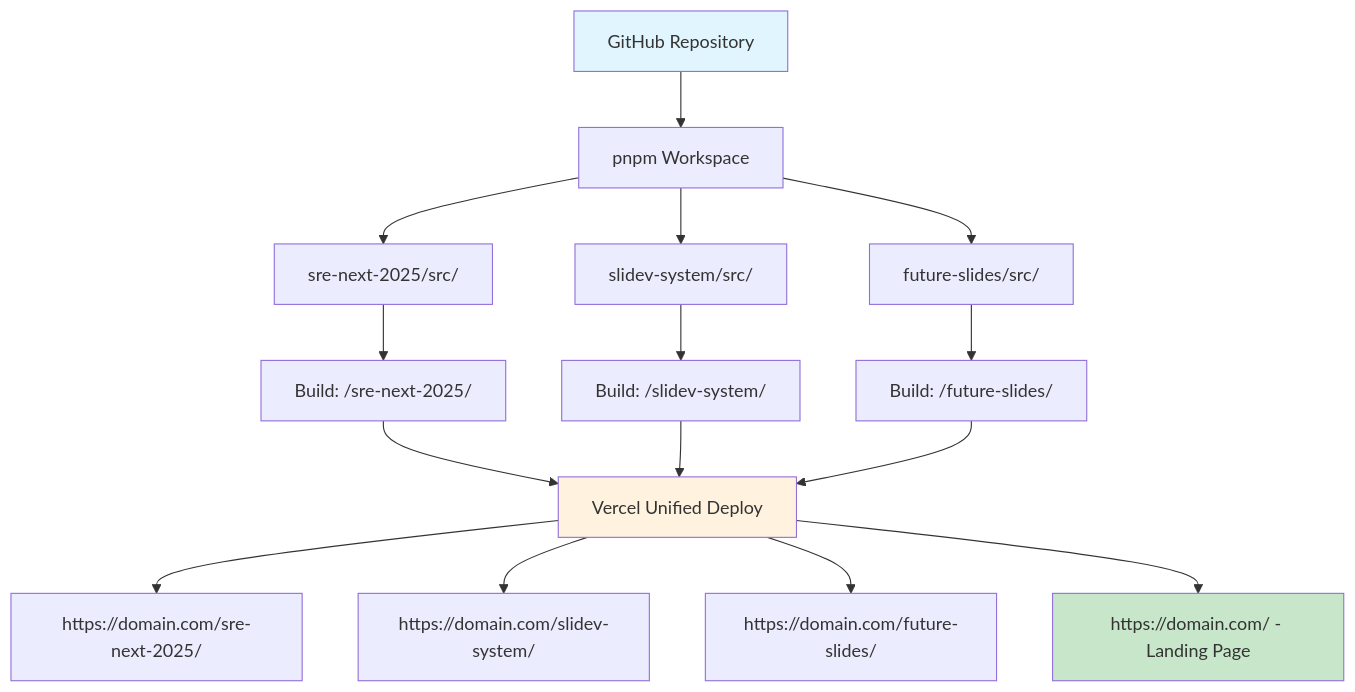
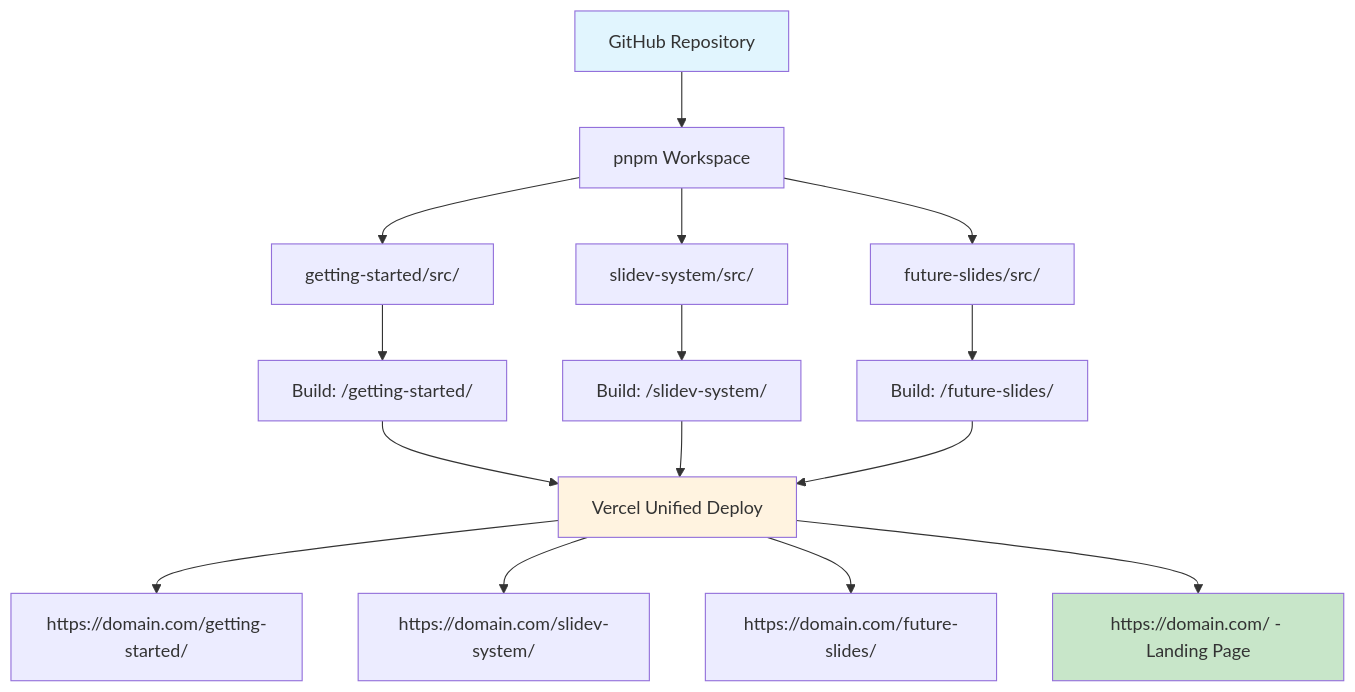
Before and after one commit to wwlapaki310/Slidevs-on-Vercel: the diagram in slides/slidev-system/src/slides.md, drawn with Mermaid. The commit also changed other lines of this file and 1 other file, not shown here.

````diff
--- a/slides/slidev-system/src/slides.md
+++ b/slides/slidev-system/src/slides.md
@@ -69,25 +69,25 @@
 ```mermaid
 graph TD
     A[GitHub Repository] --> B[pnpm Workspace]
     
-    B --> C1[sre-next-2025/src/]
+    B --> C1[getting-started/src/]
     B --> C2[slidev-system/src/]
     B --> C3[future-slides/src/]
     
-    C1 --> D1[Build: /sre-next-2025/]
+    C1 --> D1[Build: /getting-started/]
     C2 --> D2[Build: /slidev-system/]
     C3 --> D3[Build: /future-slides/]
     
     D1 --> E[Vercel Unified Deploy]
     D2 --> E
     D3 --> E
     
-    E --> F1[https://domain.com/sre-next-2025/]
+    E --> F1[https://domain.com/getting-started/]
     E --> F2[https://domain.com/slidev-system/]
     E --> F3[https://domain.com/future-slides/]
     E --> F4[https://domain.com/ - Landing Page]
     
     style A fill:#e1f5fe
     style E fill:#fff3e0
     style F4 fill:#c8e6c9
 ```
````
